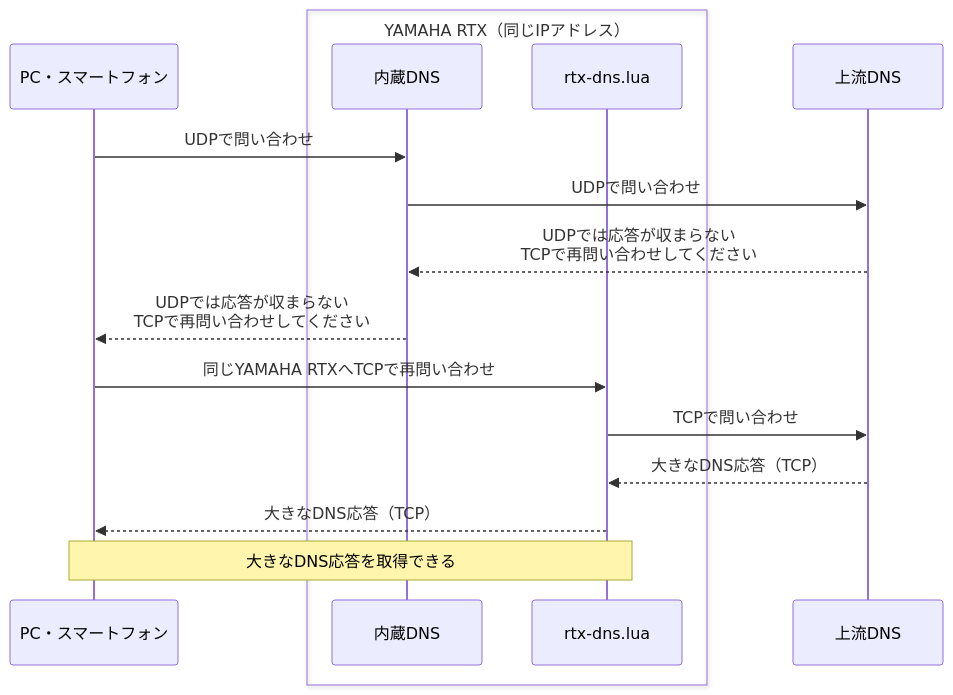
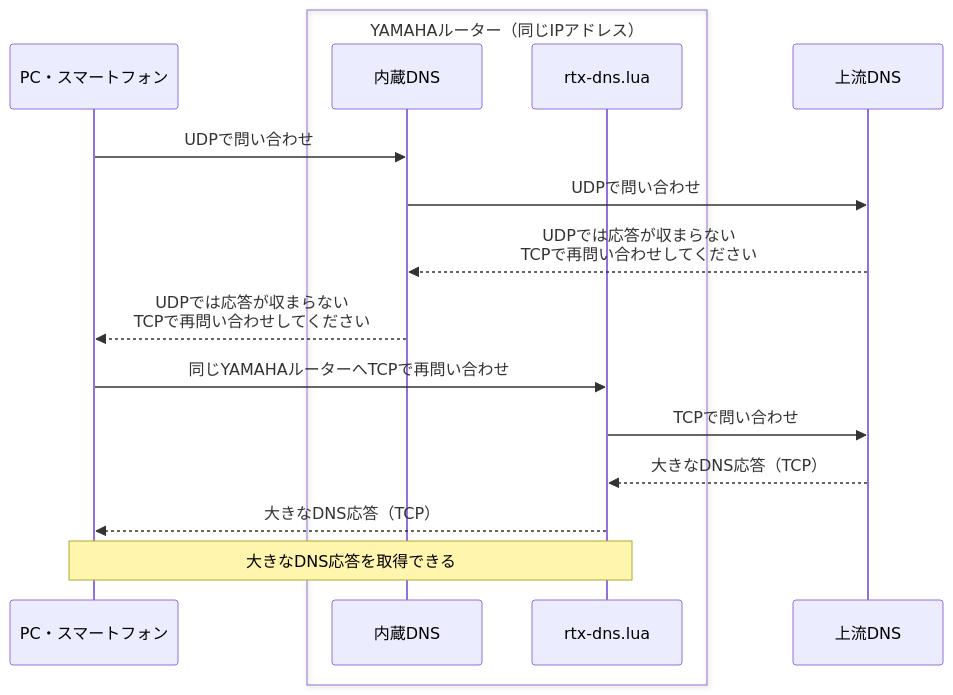
One commit to Yamar50/rtx-dns-tcp-lua changed the first of 2 diagrams in README.md. Above: the diagram before and after it, drawn with Mermaid. The commit also changed other lines of this file and 17 other files, not shown here.

````diff
--- a/README.md
+++ b/README.md
@@ -20,18 +93,18 @@
 ```mermaid
 sequenceDiagram
     participant Client as PC・スマートフォン
-    box YAMAHA RTX（同じIPアドレス）
+    box YAMAHAルーター（同じIPアドレス）
         participant Native as 内蔵DNS
         participant Lua as rtx-dns.lua
     end
     participant Upstream as 上流DNS
     Client->>Native: UDPで問い合わせ
     Native->>Upstream: UDPで問い合わせ
     Upstream-->>Native: UDPでは応答が収まらない<br/>TCPで再問い合わせしてください
     Native-->>Client: UDPでは応答が収まらない<br/>TCPで再問い合わせしてください
-    Client->>Lua: 同じYAMAHA RTXへTCPで再問い合わせ
+    Client->>Lua: 同じYAMAHAルーターへTCPで再問い合わせ
     Lua->>Upstream: TCPで問い合わせ
     Upstream-->>Lua: 大きなDNS応答（TCP）
     Lua-->>Client: 大きなDNS応答（TCP）
     Note over Client,Lua: 大きなDNS応答を取得できる
 ```
````
